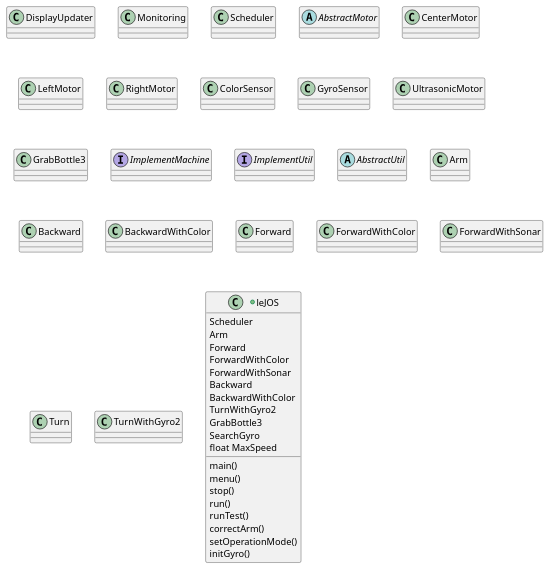
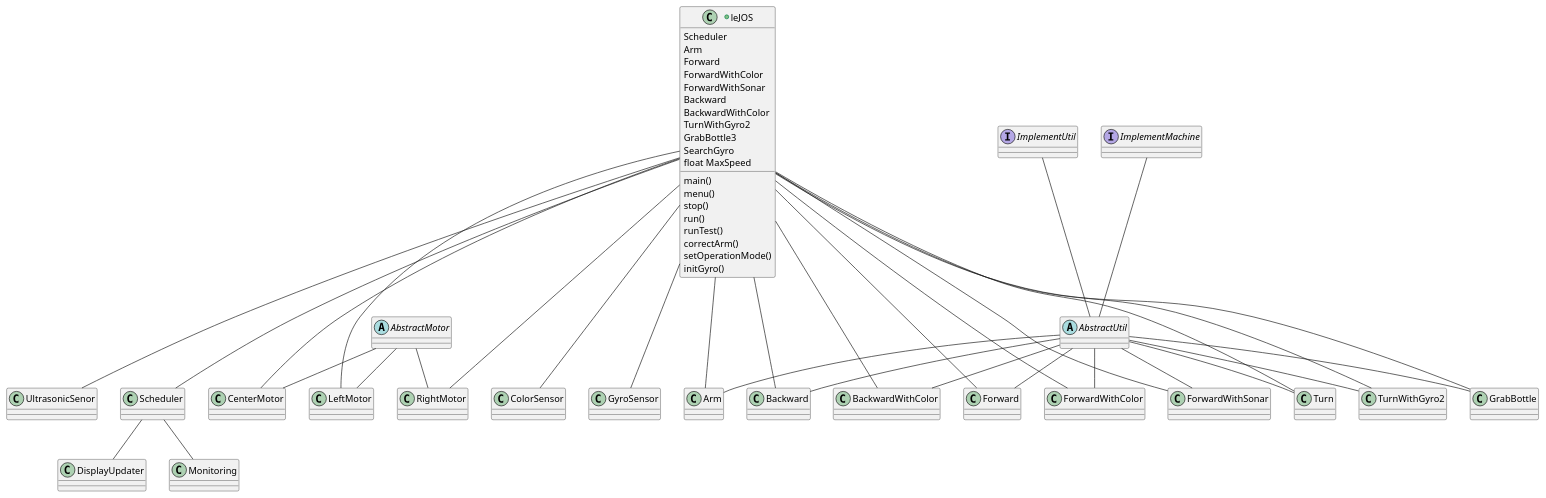
Before and after one commit to keloud/EV3IndependentRobot26: the diagram in UMLClass.puml, drawn with PlantUML.

```diff
--- a/UMLClass.puml
+++ b/UMLClass.puml
@@ -1,46 +1,77 @@
 @startuml
 class DisplayUpdater
 class Monitoring
 class Scheduler
+Scheduler -- DisplayUpdater
+Scheduler -- Monitoring
 abstract class AbstractMotor
 class CenterMotor
 class LeftMotor
 class RightMotor
+AbstractMotor -- CenterMotor
+AbstractMotor -- LeftMotor
+AbstractMotor -- RightMotor
 class ColorSensor
 class GyroSensor
-class UltrasonicMotor
-class GrabBottle3
+class UltrasonicSenor
 interface ImplementMachine
 interface ImplementUtil
 abstract class AbstractUtil
+ImplementMachine -- AbstractUtil
+ImplementUtil -- AbstractUtil
 class Arm
 class Backward
 class BackwardWithColor
 class Forward
 class ForwardWithColor
 class ForwardWithSonar
 class Turn
 class TurnWithGyro2
+class GrabBottle
+AbstractUtil -- Arm
+AbstractUtil -- Backward
+AbstractUtil -- BackwardWithColor
+AbstractUtil -- Forward
+AbstractUtil -- ForwardWithColor
+AbstractUtil -- ForwardWithSonar
+AbstractUtil -- Turn
+AbstractUtil -- TurnWithGyro2
+AbstractUtil -- GrabBottle
 +class leJOS{
-Scheduler
-Arm
-Forward
-ForwardWithColor
-ForwardWithSonar
-Backward
-BackwardWithColor
-TurnWithGyro2
-GrabBottle3
-SearchGyro
-float MaxSpeed
-main()
-menu()
-stop()
-run()
-runTest()
-correctArm()
-setOperationMode()
-initGyro()
+    Scheduler
+    Arm
+    Forward
+    ForwardWithColor
+    ForwardWithSonar
+    Backward
+    BackwardWithColor
+    TurnWithGyro2
+    GrabBottle3
+    SearchGyro
+    float MaxSpeed
+    main()
+    menu()
+    stop()
+    run()
+    runTest()
+    correctArm()
+    setOperationMode()
+    initGyro()
 }
-
+leJOS --- Scheduler
+leJOS --- Arm
+leJOS --- Backward
+leJOS --- BackwardWithColor
+leJOS --- Forward
+leJOS --- ForwardWithColor
+leJOS --- ForwardWithSonar
+leJOS --- Turn
+leJOS --- TurnWithGyro2
+leJOS --- GrabBottle
+leJOS --- ColorSensor
+leJOS --- GyroSensor
+leJOS --- UltrasonicSenor
+leJOS --- CenterMotor
+leJOS --- LeftMotor
+leJOS --- RightMotor
 @enduml
```
